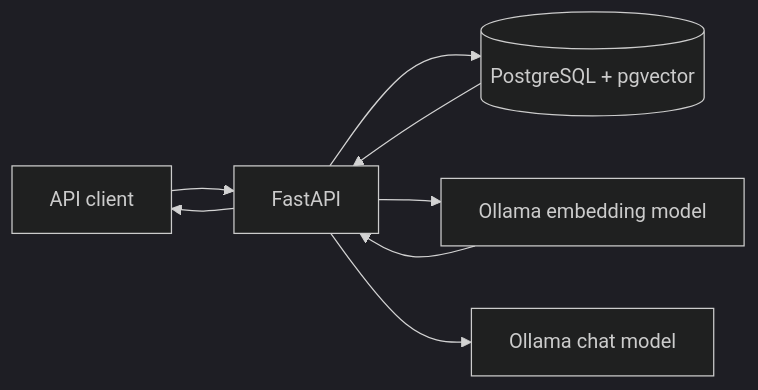
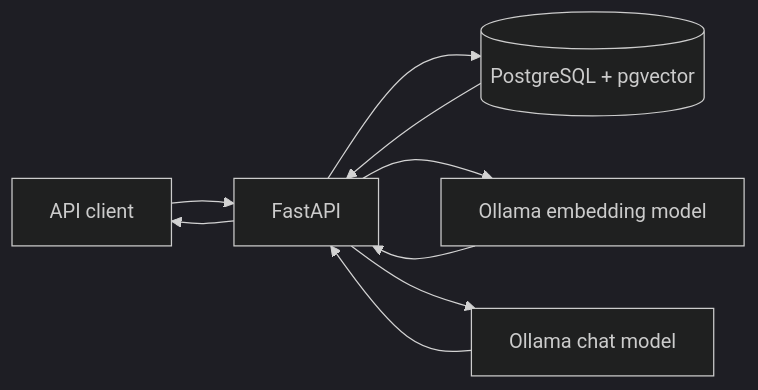
One commit to adm-l/GroundedRAG changed the diagram in README.md. Above: the diagram before and after it, drawn with Mermaid (dark theme). The commit also changed other lines of this file, not shown here.

````diff
--- a/README.md
+++ b/README.md
@@ -18,10 +20,11 @@
 ```mermaid
 flowchart LR
     Client[API client] --> API[FastAPI]
     API --> DB[(PostgreSQL + pgvector)]
     API --> Embed[Ollama embedding model]
     API --> Chat[Ollama chat model]
+    DB --> API
     Embed --> API
-    DB --> API
+    Chat --> API
     API --> Client
 ```
````
